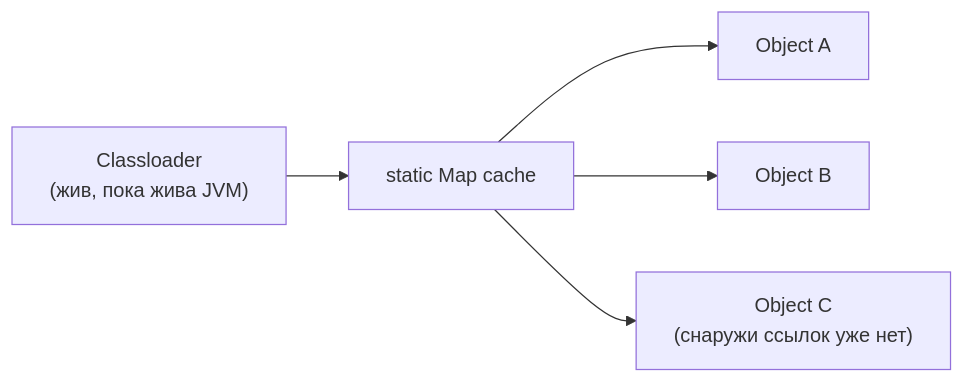
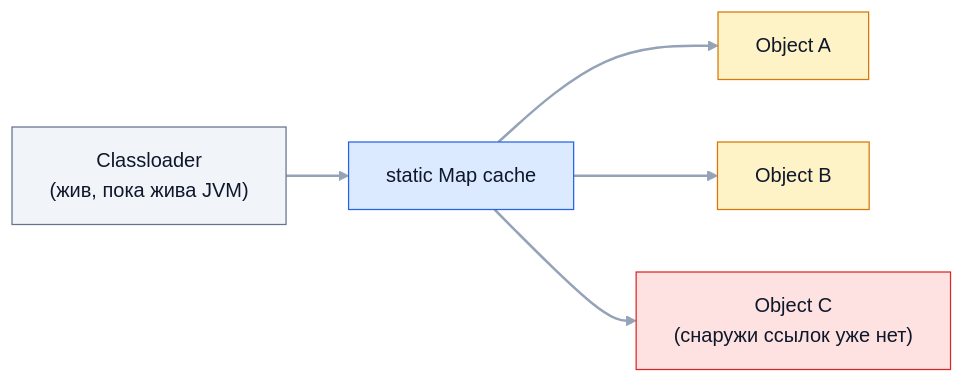
Before and after one commit to bogdan111305/java-senior-roadmap: the diagram in kb/02-java-core/11-final-and-static.md, drawn with Mermaid. The commit also changed 31 other files, not shown here.

````diff
--- a/kb/02-java-core/11-final-and-static.md
+++ b/kb/02-java-core/11-final-and-static.md
@@ -263,7 +263,17 @@
 ```mermaid
 flowchart LR
-    CL["Classloader\n(жив, пока жива JVM)"] --> SF["static Map cache"]
+    CL["Classloader<br/>(жив, пока жива JVM)"] --> SF["static Map cache"]
     SF --> O1["Object A"]
     SF --> O2["Object B"]
-    SF --> O3["Object C\n(снаружи ссылок уже нет)"]
+    SF --> O3["Object C<br/>(снаружи ссылок уже нет)"]
+    classDef main fill:#dbeafe,stroke:#2563eb,color:#0f172a
+    classDef accent fill:#fef3c7,stroke:#d97706,color:#0f172a
+    classDef good fill:#dcfce7,stroke:#16a34a,color:#0f172a
+    classDef muted fill:#f1f5f9,stroke:#64748b,color:#0f172a
+    classDef bad fill:#fee2e2,stroke:#dc2626,color:#0f172a
+    class CL muted
+    class SF main
+    class O1,O2 accent
+    class O3 bad
+    linkStyle default stroke:#94a3b8,stroke-width:2px
 ```
````
